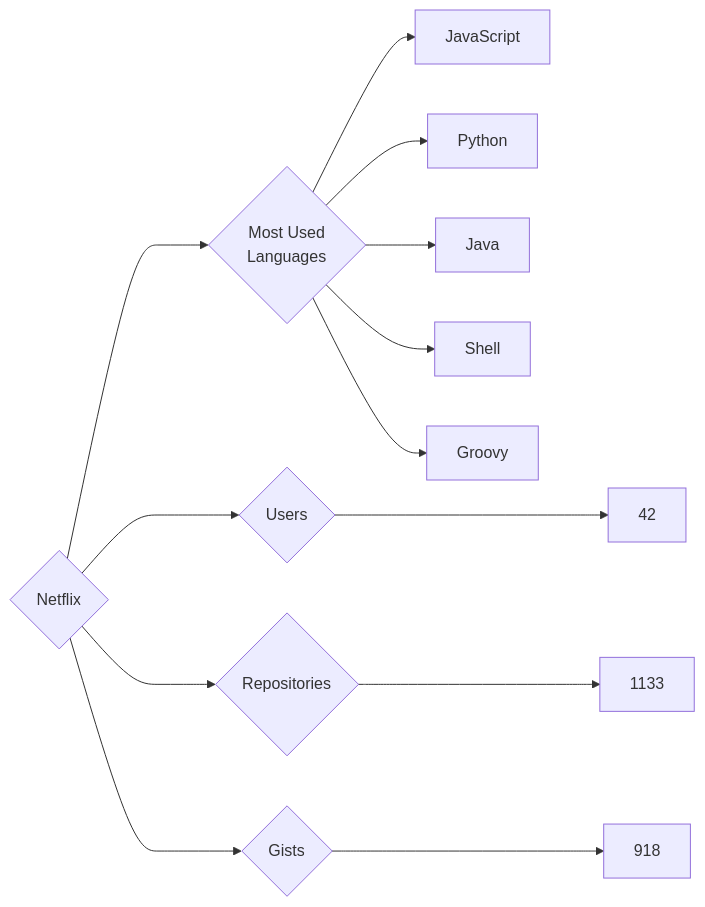
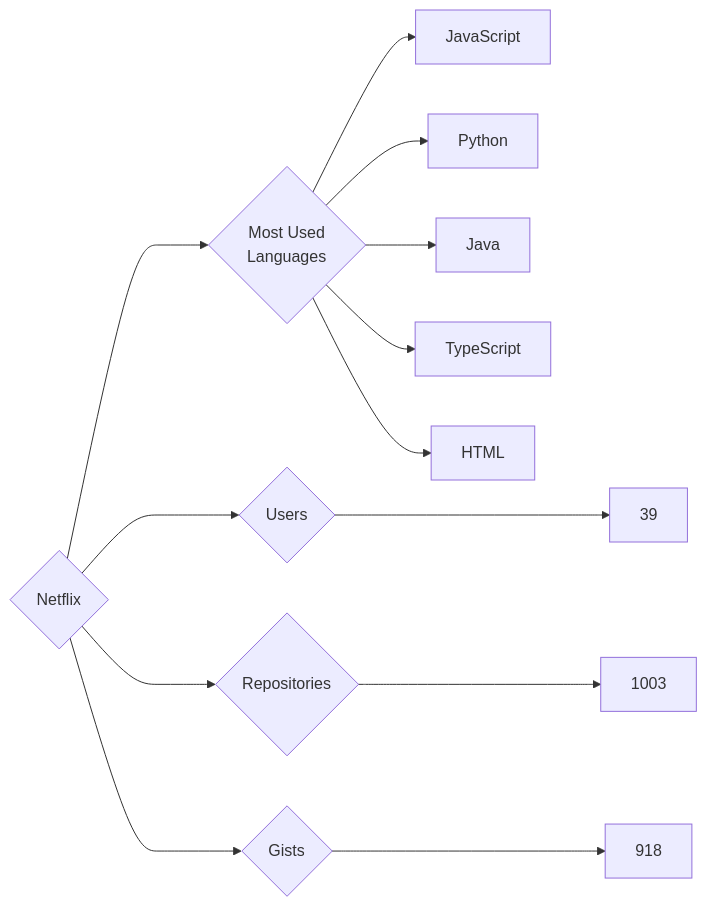
Before and after one commit to trickest/insiders: the diagram in targets/Netflix/README.md, drawn with Mermaid. The commit also changed 765 other files, not shown here.

````diff
--- a/targets/Netflix/README.md
+++ b/targets/Netflix/README.md
@@ -3,13 +3,13 @@
 ```mermaid
 graph LR
 COMPANY_NAME{Netflix}
-COMPANY_NAME ---> U{Users} ---> UN[42]
-COMPANY_NAME ---> R{Repositories} ---> RN[1133]
+COMPANY_NAME ---> U{Users} ---> UN[39]
+COMPANY_NAME ---> R{Repositories} ---> RN[1003]
 COMPANY_NAME ---> G{Gists} ---> GN[918]
 COMPANY_NAME ---> ML{Most Used<br>Languages}
 ML --> JavaScript[JavaScript]
 ML --> Python[Python]
 ML --> Java[Java]
-ML --> Shell[Shell]
-ML --> Groovy[Groovy]
+ML --> TypeScript[TypeScript]
+ML --> HTML[HTML]
 ```
````
